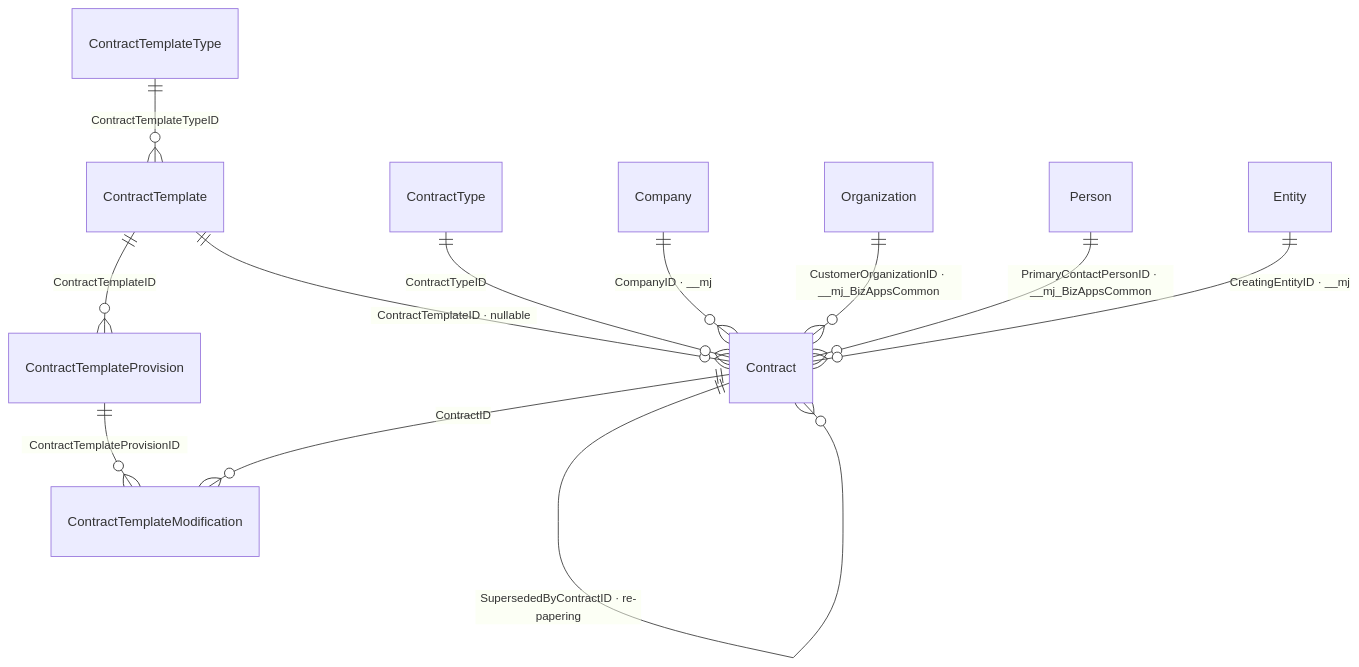
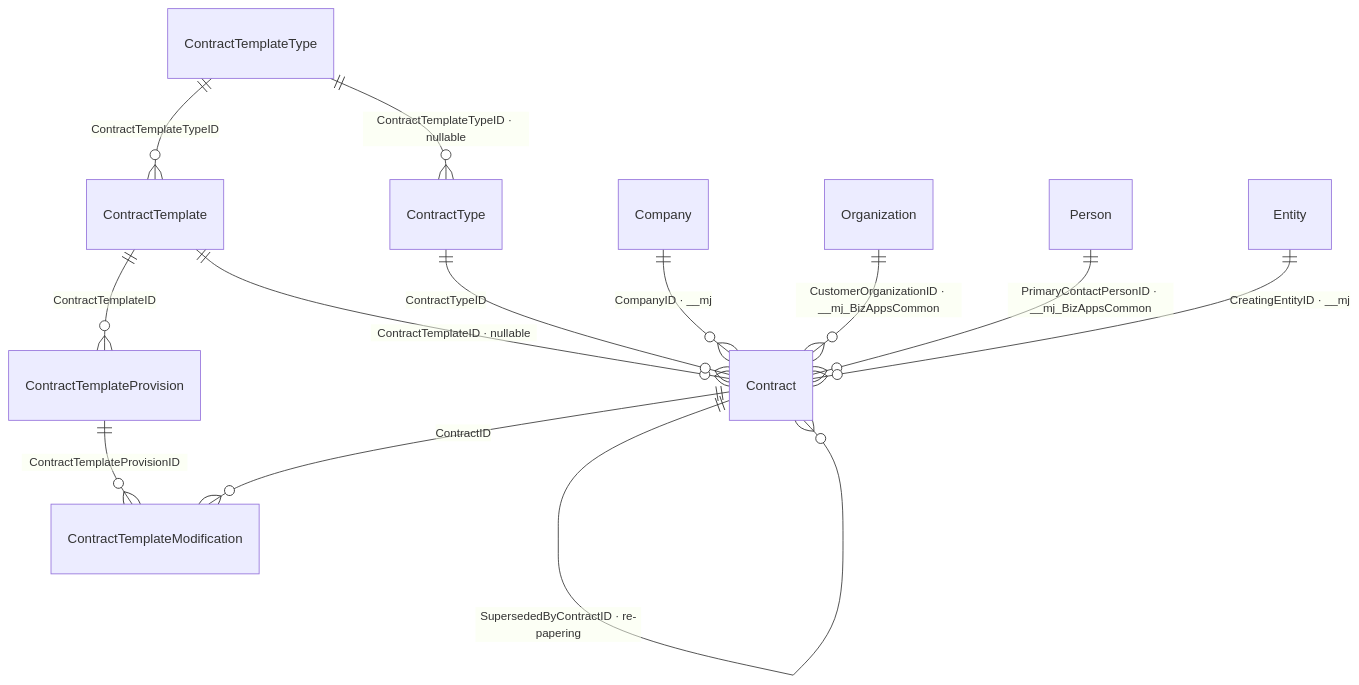
One commit to MemberJunction/bizapps-contracts changed the second of 2 diagrams in docs/ERD.md. Above: the diagram before and after it, drawn with Mermaid. The commit also changed other lines of this file and 68 other files, not shown here.

````diff
--- a/docs/ERD.md
+++ b/docs/ERD.md
@@ -120,16 +122,17 @@
 ```mermaid
 erDiagram
     ContractTemplateType ||--o{ ContractTemplate : "ContractTemplateTypeID"
+    ContractTemplateType ||--o{ ContractType : "ContractTemplateTypeID · nullable"
     ContractTemplate ||--o{ ContractTemplateProvision : "ContractTemplateID"
     ContractTemplate ||--o{ Contract : "ContractTemplateID · nullable"
     ContractType ||--o{ Contract : "ContractTypeID"
     Contract ||--o{ ContractTemplateModification : "ContractID"
     ContractTemplateProvision ||--o{ ContractTemplateModification : "ContractTemplateProvisionID"
     Contract ||--o{ Contract : "ParentContractID · change orders"
     Contract ||--o{ Contract : "SupersededByContractID · re-papering"
 
     Company ||--o{ Contract : "CompanyID · __mj"
     Organization ||--o{ Contract : "CustomerOrganizationID · __mj_BizAppsCommon"
     Person ||--o{ Contract : "PrimaryContactPersonID · __mj_BizAppsCommon"
     Entity ||--o{ Contract : "CreatingEntityID · __mj"
 ```
````
